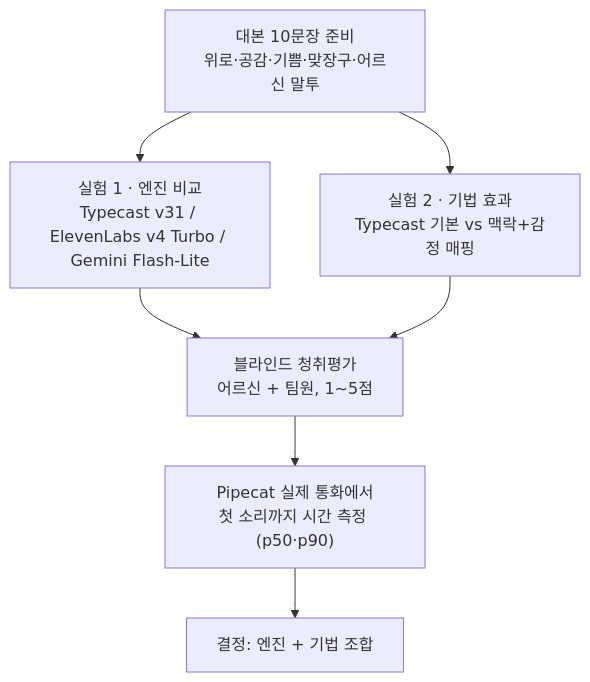
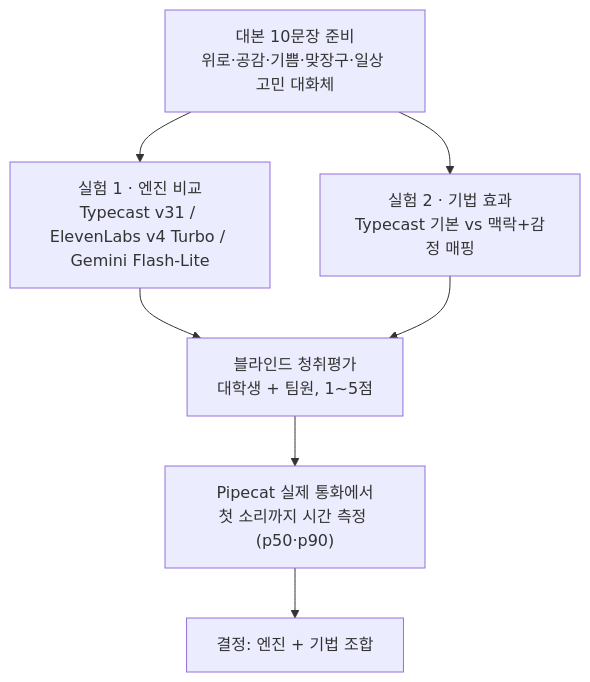
Before and after one commit to JaeHong-Jang/Hanbeot: the second of 2 diagrams in research_notes/목소리(TTS) 조사/hanbeot_voice_tts.md, drawn with Mermaid. The commit also changed other lines of this file and 17 other files, not shown here.

````diff
--- a/research_notes/목소리(TTS) 조사/hanbeot_voice_tts.md
+++ b/research_notes/목소리(TTS) 조사/hanbeot_voice_tts.md
@@ -207,9 +207,9 @@
 ```mermaid
 flowchart TD
-  S["대본 10문장 준비<br/>위로·공감·기쁨·맞장구·어르신 말투"] --> E1["실험 1 · 엔진 비교<br/>Typecast v31 / ElevenLabs v4 Turbo / Gemini Flash-Lite"]
+  S["대본 10문장 준비<br/>위로·공감·기쁨·맞장구·일상 고민 대화체"] --> E1["실험 1 · 엔진 비교<br/>Typecast v31 / ElevenLabs v4 Turbo / Gemini Flash-Lite"]
   S --> E2["실험 2 · 기법 효과<br/>Typecast 기본 vs 맥락+감정 매핑"]
-  E1 --> L["블라인드 청취평가<br/>어르신 + 팀원, 1~5점"]
+  E1 --> L["블라인드 청취평가<br/>대학생 + 팀원, 1~5점"]
   E2 --> L
   L --> P["Pipecat 실제 통화에서<br/>첫 소리까지 시간 측정 (p50·p90)"]
   P --> D["결정: 엔진 + 기법 조합"]
 ```
````
